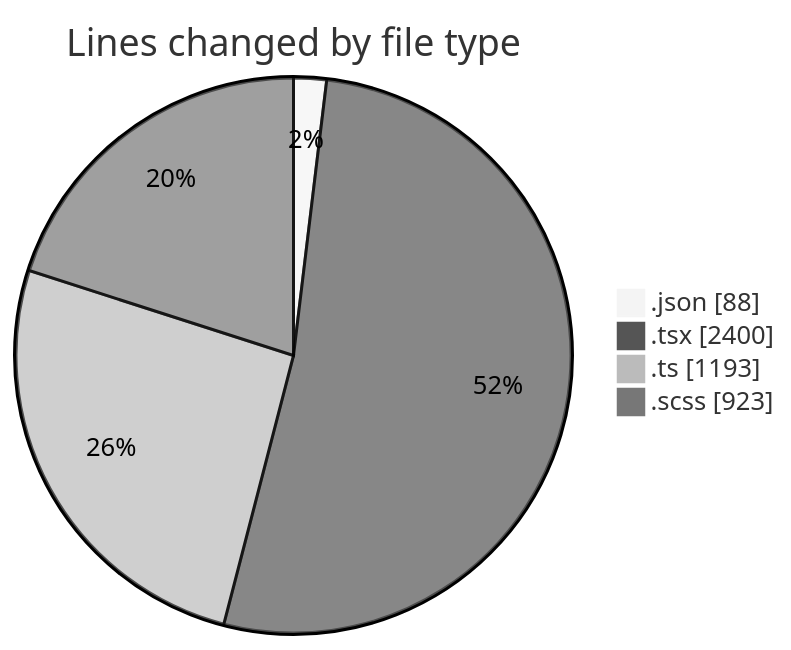
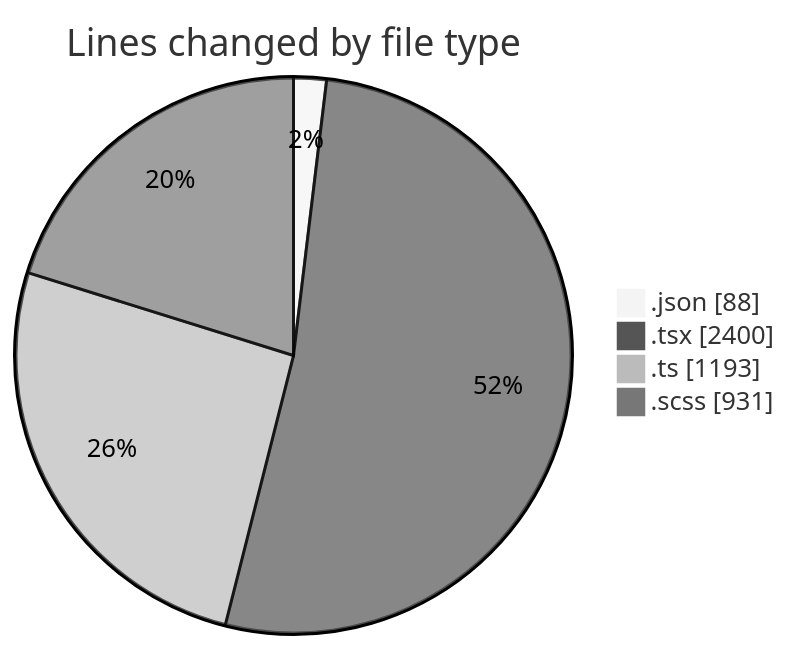
One commit to momahboobian/code-tracking changed the first of 2 diagrams in 2026-10-22/cda/README.md. Above: the diagram before and after it, drawn with Mermaid (neutral theme). The commit also changed other lines of this file and 1 other file, not shown here.

````diff
--- a/2026-10-22/cda/README.md
+++ b/2026-10-22/cda/README.md
@@ -30,8 +31,8 @@
 ```mermaid
 pie showData
 title Lines changed by file type
 ".json" : 88
 ".tsx" : 2400
 ".ts" : 1193
-".scss" : 923
+".scss" : 931
 ```
````
